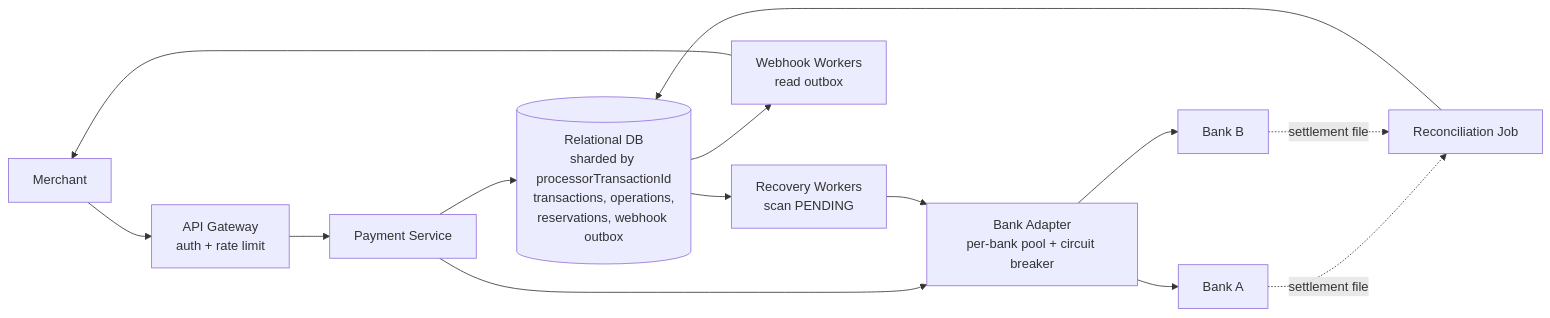
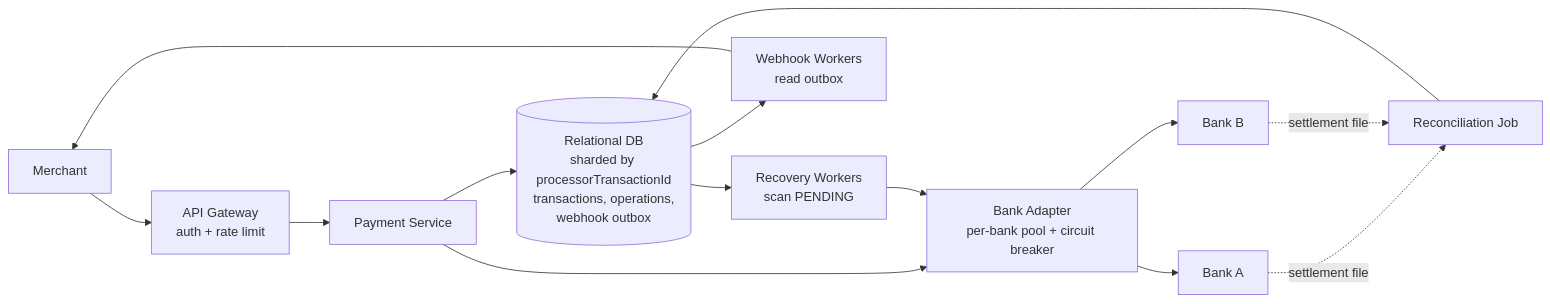
One commit to lingyun3730/future changed the second of 4 diagrams in system-design-prep.md. Above: the diagram before and after it, drawn with Mermaid. The commit also changed other lines of this file, not shown here.

Commit message:
Review pass: drop reservation table, define transaction states, fix inconsistencies

````diff
--- a/system-design-prep.md
+++ b/system-design-prep.md
@@ -702,16 +705,16 @@
 ```mermaid
 flowchart LR
     M[Merchant] --> GW[API Gateway<br/>auth + rate limit]
     GW --> PS[Payment Service]
-    PS --> DB[(Relational DB<br/>sharded by processorTransactionId<br/>transactions, operations,<br/>reservations, webhook outbox)]
+    PS --> DB[(Relational DB<br/>sharded by processorTransactionId<br/>transactions, operations,<br/>webhook outbox)]
     DB --> BW[Recovery Workers<br/>scan PENDING]
     DB --> WW[Webhook Workers<br/>read outbox]
     PS --> BA[Bank Adapter<br/>per-bank pool + circuit breaker]
     BW --> BA
     BA --> B1[Bank A]
     BA --> B2[Bank B]
     WW --> M
     REC[Reconciliation Job] --> DB
     B1 -.settlement file.-> REC
     B2 -.settlement file.-> REC
 ```
````
